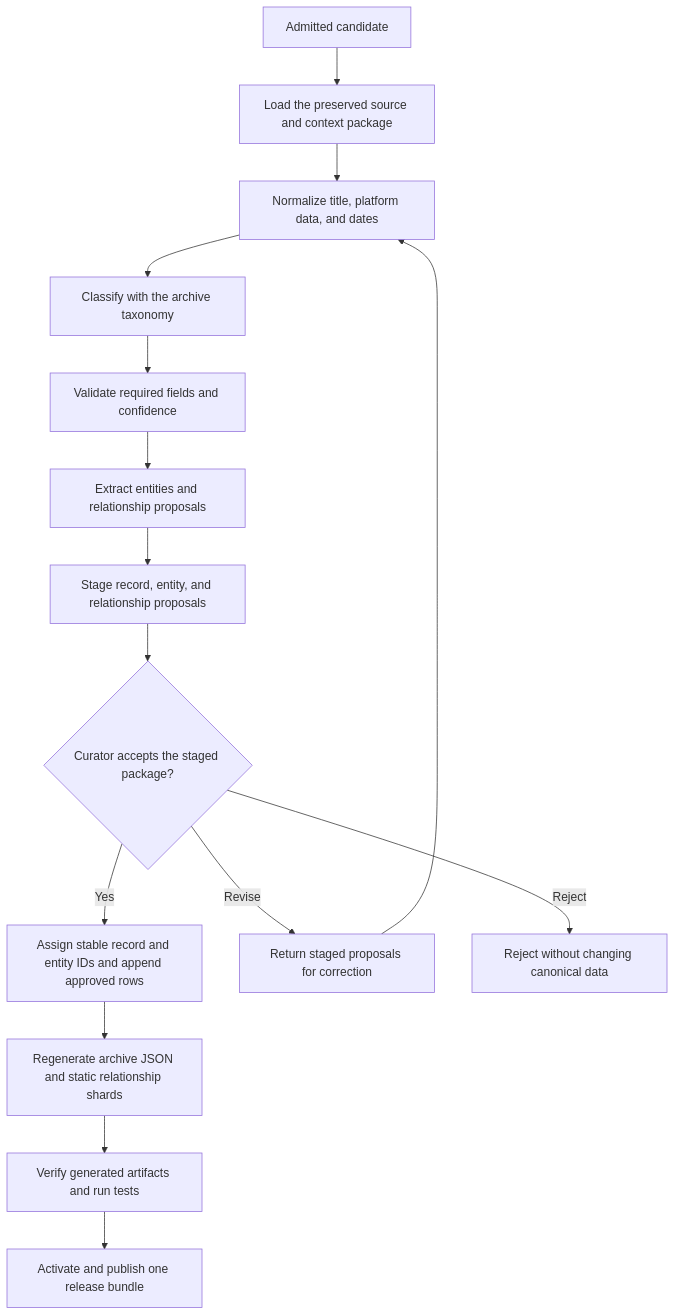
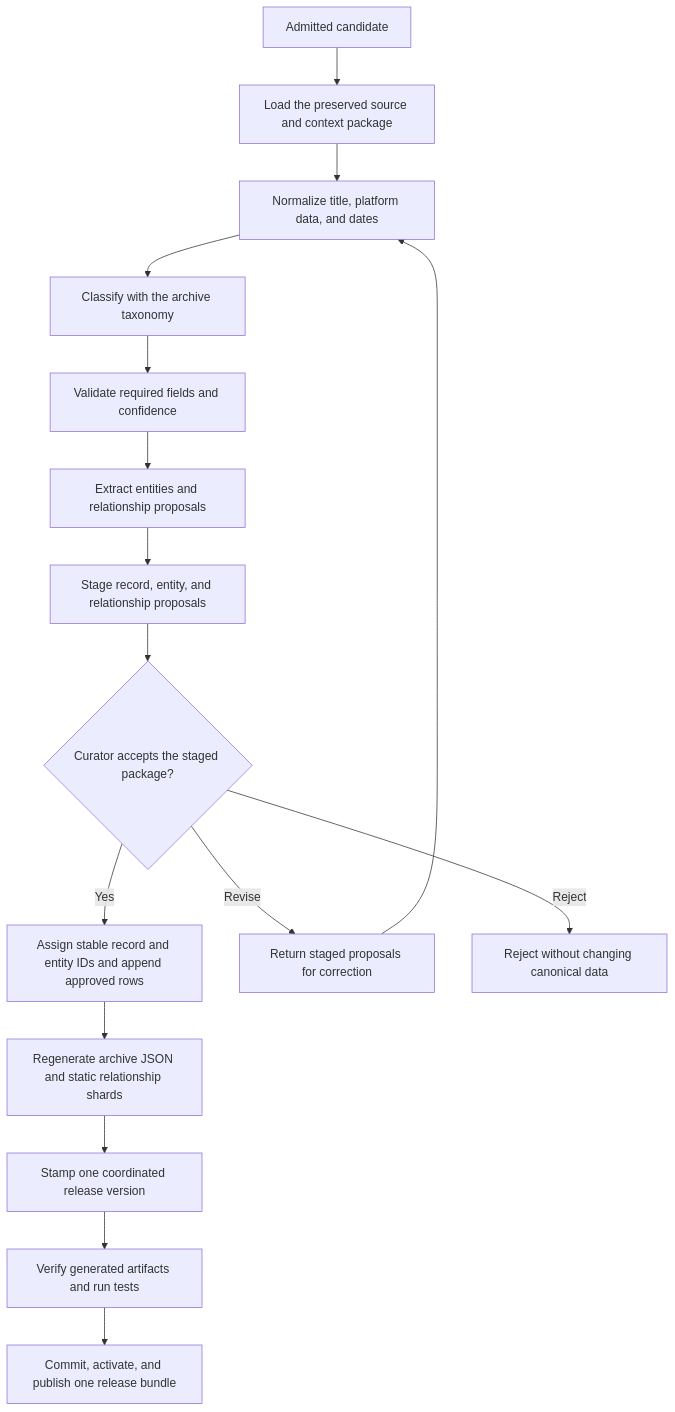
One commit to jamditis/rosen-frontend changed the fourth of 4 diagrams in docs/bluesky-stewardship-pipeline.md. Above: the diagram before and after it, drawn with Mermaid. The commit also changed other lines of this file and 1 other file, not shown here.

Commit message:
docs: require coordinated release versioning

````diff
--- a/docs/bluesky-stewardship-pipeline.md
+++ b/docs/bluesky-stewardship-pipeline.md
@@ -117,17 +117,18 @@
 ```mermaid
 flowchart TD
     A[Admitted candidate] --> B[Load the preserved source and context package]
     B --> C[Normalize title, platform data, and dates]
     C --> D[Classify with the archive taxonomy]
     D --> E[Validate required fields and confidence]
     E --> F[Extract entities and relationship proposals]
     F --> G[Stage record, entity, and relationship proposals]
     G --> H{Curator accepts the staged package?}
     H -->|Yes| I[Assign stable record and entity IDs and append approved rows]
     H -->|Revise| J[Return staged proposals for correction]
     J --> C
     H -->|Reject| M[Reject without changing canonical data]
     I --> K[Regenerate archive JSON and static relationship shards]
-    K --> L[Verify generated artifacts and run tests]
-    L --> N[Activate and publish one release bundle]
+    K --> L[Stamp one coordinated release version]
+    L --> N[Verify generated artifacts and run tests]
+    N --> O[Commit, activate, and publish one release bundle]
 ```
````
